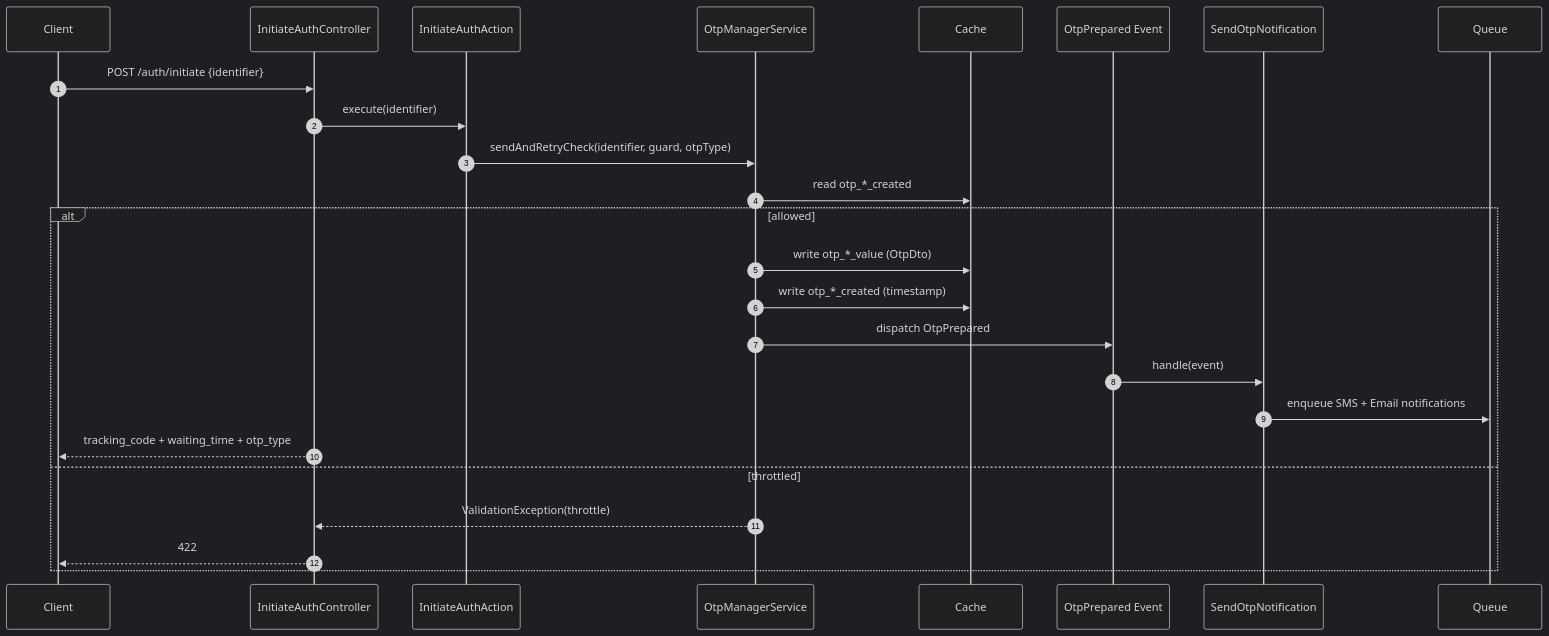
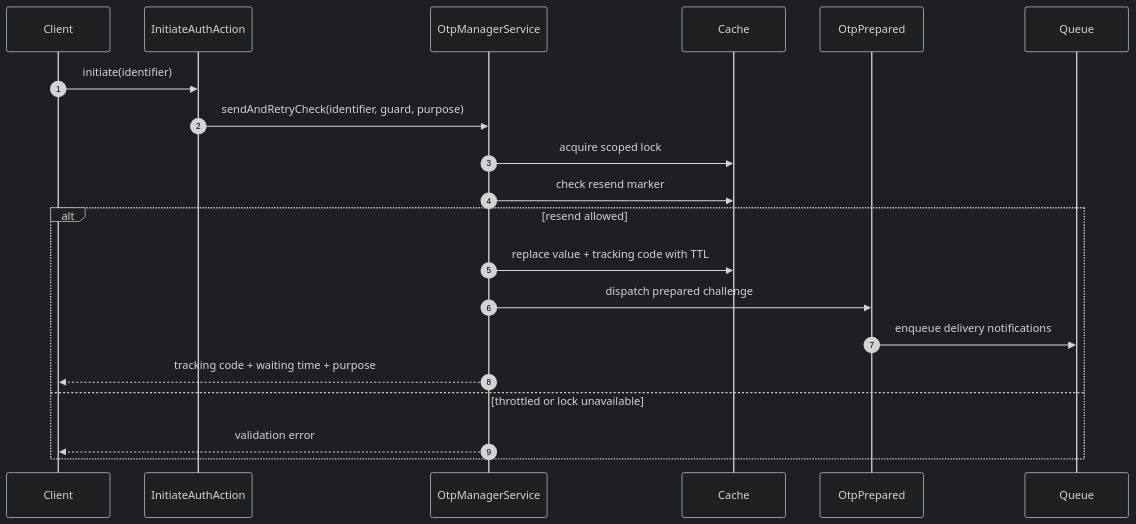
The third of 3 diagrams in docs/Architecture/Auth-OTP-Subsystem.md (SaeidSharafi/JeduApi), drawn with Mermaid (dark theme) before and after one commit. The commit also changed other lines of this file and 26 other files, not shown here.

First line of the commit message:
docs: consolidate architecture documentation

````diff
--- a/docs/Architecture/Auth-OTP-Subsystem.md
+++ b/docs/Architecture/Auth-OTP-Subsystem.md
@@ -35,28 +47,23 @@
 ```mermaid
 sequenceDiagram
     autonumber
-    participant C as Client
-    participant IC as InitiateAuthController
-    participant IA as InitiateAuthAction
-    participant OM as OtpManagerService
-    participant CA as Cache
-    participant EV as OtpPrepared Event
-    participant L as SendOtpNotification
-    participant Q as Queue
+    participant Client
+    participant Action as InitiateAuthAction
+    participant OTP as OtpManagerService
+    participant Cache
+    participant Event as OtpPrepared
+    participant Queue
 
-    C->>IC: POST /auth/initiate {identifier}
-    IC->>IA: execute(identifier)
-    IA->>OM: sendAndRetryCheck(identifier, guard, otpType)
-    OM->>CA: read otp_*_created
-    alt allowed
-      OM->>CA: write otp_*_value (OtpDto)
-      OM->>CA: write otp_*_created (timestamp)
-      OM->>EV: dispatch OtpPrepared
-      EV->>L: handle(event)
-      L->>Q: enqueue SMS + Email notifications
-      IC-->>C: tracking_code + waiting_time + otp_type
-    else throttled
-      OM-->>IC: ValidationException(throttle)
-      IC-->>C: 422
+    Client->>Action: initiate(identifier)
+    Action->>OTP: sendAndRetryCheck(identifier, guard, purpose)
+    OTP->>Cache: acquire scoped lock
+    OTP->>Cache: check resend marker
+    alt resend allowed
+        OTP->>Cache: replace value + tracking code with TTL
+        OTP->>Event: dispatch prepared challenge
+        Event->>Queue: enqueue delivery notifications
+        OTP-->>Client: tracking code + waiting time + purpose
+    else throttled or lock unavailable
+        OTP-->>Client: validation error
     end
 ```
````
